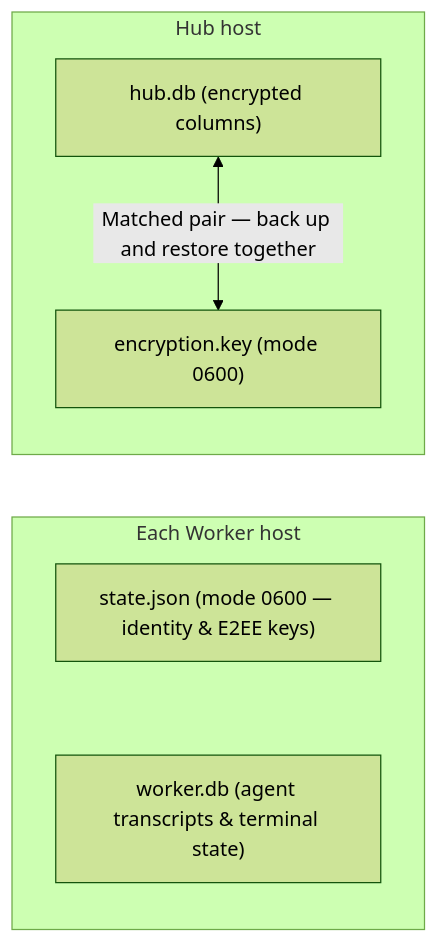
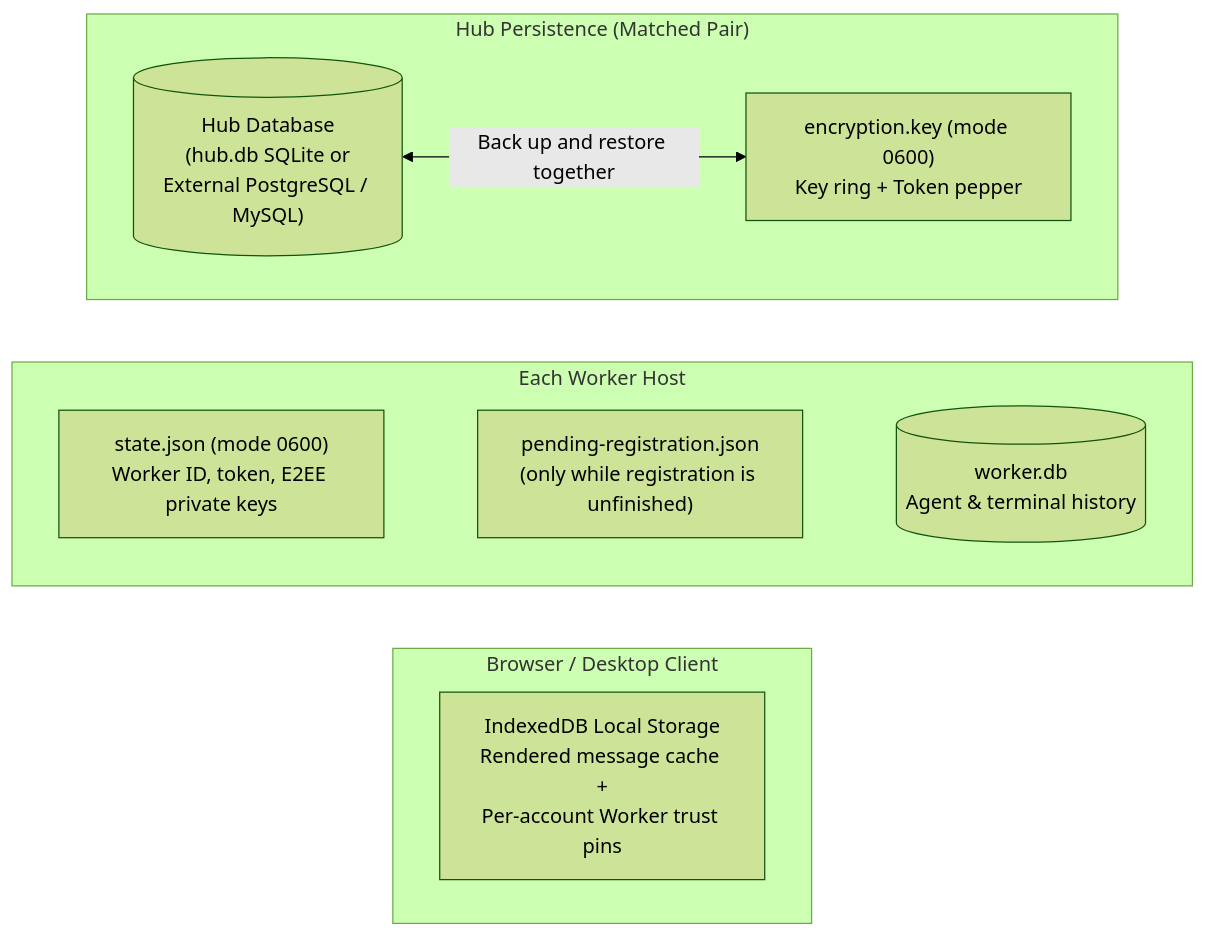
The second of 2 diagrams in site/content/docs/admin/encryption-and-data.md (leapmux/leapmux), drawn with Mermaid (forest theme) before and after one commit. The commit also changed other lines of this file and 165 other files, not shown here.

````diff
--- a/site/content/docs/admin/encryption-and-data.md
+++ b/site/content/docs/admin/encryption-and-data.md
@@ -291,16 +146,18 @@
 ```mermaid
 flowchart TD
-    subgraph HubHost["Hub host"]
-        direction TB
-        HubDB["hub.db (encrypted columns)"]
-        KeyFile["encryption.key (mode 0600)"]
-        HubDB <-->|"Matched pair — back up and restore together"| KeyFile
+    subgraph HubSide["Hub Persistence (Matched Pair)"]
+        HubDB[("Hub Database\n(hub.db SQLite or\nExternal PostgreSQL / MySQL)")]
+        KeyFile["encryption.key (mode 0600)\nKey ring + Token pepper"]
+        HubDB <-->|"Back up and restore together"| KeyFile
     end
-    subgraph WorkerHost["Each Worker host"]
-        direction TB
-        StateJSON["state.json (mode 0600 — identity & E2EE keys)"]
-        WorkerDB["worker.db (agent transcripts & terminal state)"]
-        StateJSON ~~~ WorkerDB
+    subgraph WorkerSide["Each Worker Host"]
+        StateJSON["state.json (mode 0600)\nWorker ID, token, E2EE private keys"]
+        PendingJSON["pending-registration.json\n(only while registration is unfinished)"]
+        WorkerDB[("worker.db\nAgent & terminal history")]
+        StateJSON ~~~ PendingJSON ~~~ WorkerDB
     end
-    HubHost ~~~ WorkerHost
+    subgraph ClientSide["Browser / Desktop Client"]
+        BrowserCache["IndexedDB Local Storage\nRendered message cache +\nPer-account Worker trust pins"]
+    end
+    HubSide ~~~ WorkerSide ~~~ ClientSide
 ```
````
